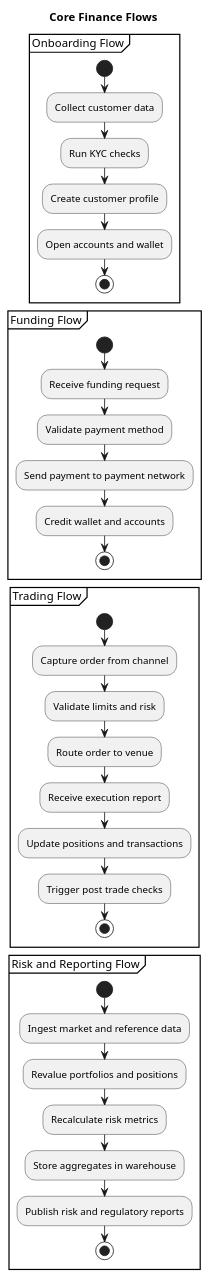
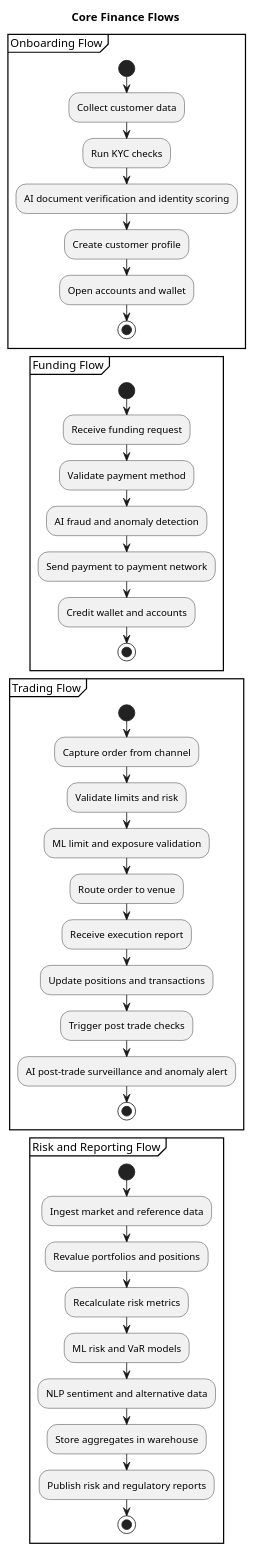
The diagram in docs/domain/finance-system-flows.puml (felixzhu97/finpulse), drawn with PlantUML before and after one commit. The commit also changed 18 other files, not shown here.

```diff
--- a/docs/domain/finance-system-flows.puml
+++ b/docs/domain/finance-system-flows.puml
@@ -1,49 +1,55 @@
 @startuml
 skinparam linetype ortho
 
 skinparam rectangle {
   BorderColor #333333
 }
 
 title Core Finance Flows
 
 partition "Onboarding Flow" {
   start
   :Collect customer data;
   :Run KYC checks;
+  :AI document verification and identity scoring;
   :Create customer profile;
   :Open accounts and wallet;
   stop
 }
 
 partition "Funding Flow" {
   start
   :Receive funding request;
   :Validate payment method;
+  :AI fraud and anomaly detection;
   :Send payment to payment network;
   :Credit wallet and accounts;
   stop
 }
 
 partition "Trading Flow" {
   start
   :Capture order from channel;
   :Validate limits and risk;
+  :ML limit and exposure validation;
   :Route order to venue;
   :Receive execution report;
   :Update positions and transactions;
   :Trigger post trade checks;
+  :AI post-trade surveillance and anomaly alert;
   stop
 }
 
 partition "Risk and Reporting Flow" {
   start
   :Ingest market and reference data;
   :Revalue portfolios and positions;
   :Recalculate risk metrics;
+  :ML risk and VaR models;
+  :NLP sentiment and alternative data;
   :Store aggregates in warehouse;
   :Publish risk and regulatory reports;
   stop
 }
 
 @enduml
```
